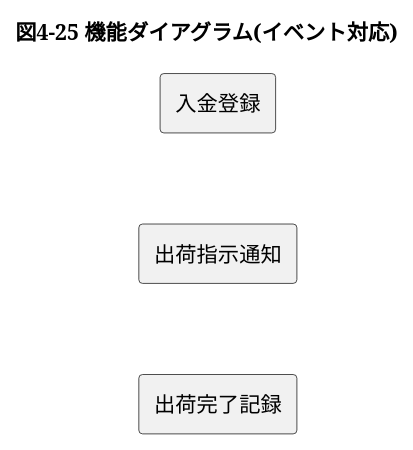
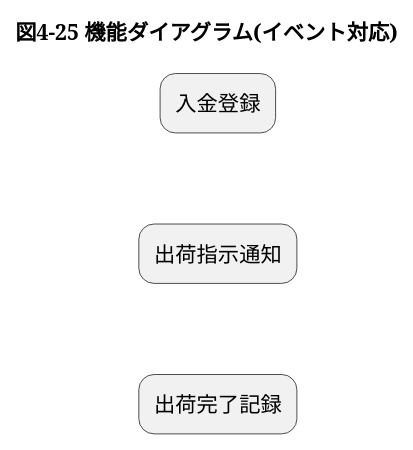
One commit to eyasuyuki/rdra-example changed the diagram in chap04/4-25.puml. Above: the diagram before and after it, drawn with PlantUML. The commit also changed 16 other files, not shown here.

```diff
--- a/chap04/4-25.puml
+++ b/chap04/4-25.puml
@@ -1,8 +1,9 @@
 @startuml
 title 図4-25 機能ダイアグラム(イベント対応)
+skinparam rectangleRoundCorner 20
 rectangle 入金登録 as A1
 rectangle 出荷指示通知 as A2
 rectangle 出荷完了記録 as A3
 A1 -[hidden]- A2
 A2 -[hidden]- A3
 @enduml
```
